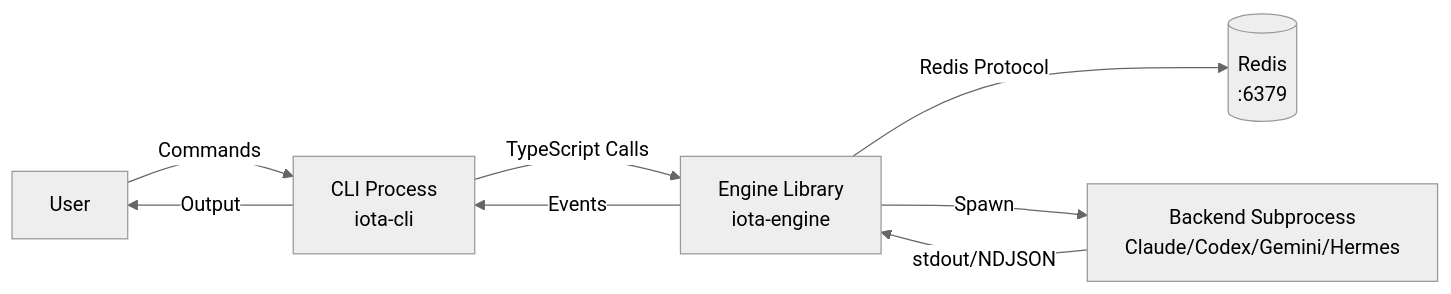
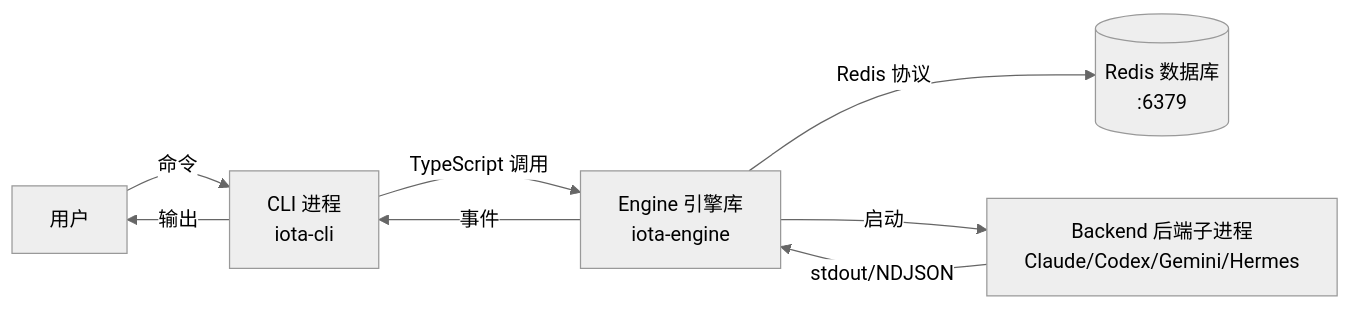
The diagram in docs/guides/01-cli-guide.md (feuyeux/iota), drawn with Mermaid (neutral theme) before and after one commit. The commit also changed other lines of this file and 66 other files, not shown here.

````diff
--- a/docs/guides/01-cli-guide.md
+++ b/docs/guides/01-cli-guide.md
@@ -58,10 +58,10 @@
 ```mermaid
 graph LR
-    User[User] -->|Commands| CLI[CLI Process<br/>iota-cli]
-    CLI -->|TypeScript Calls| Engine[Engine Library<br/>iota-engine]
-    Engine -->|Redis Protocol| Redis[(Redis<br/>:6379)]
-    Engine -->|Spawn| Backend[Backend Subprocess<br/>Claude/Codex/Gemini/Hermes]
+    User[用户] -->|命令| CLI[CLI 进程<br/>iota-cli]
+    CLI -->|TypeScript 调用| Engine[Engine 引擎库<br/>iota-engine]
+    Engine -->|Redis 协议| Redis[(Redis 数据库<br/>:6379)]
+    Engine -->|启动| Backend[Backend 后端子进程<br/>Claude/Codex/Gemini/Hermes]
     Backend -->|stdout/NDJSON| Engine
-    Engine -->|Events| CLI
-    CLI -->|Output| User
+    Engine -->|事件| CLI
+    CLI -->|输出| User
 ```
````
